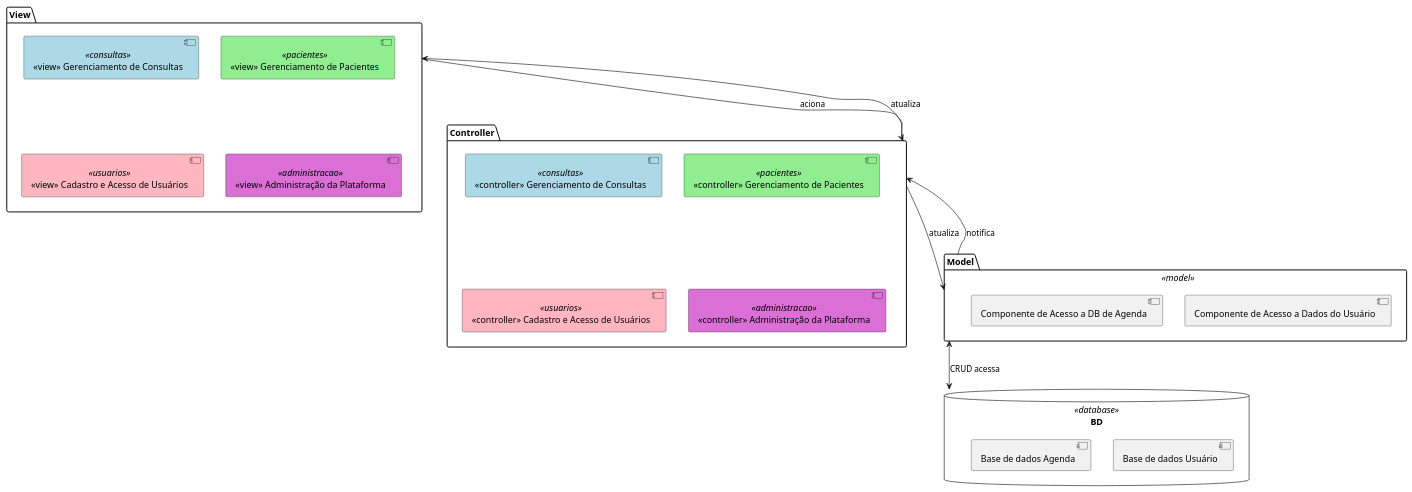
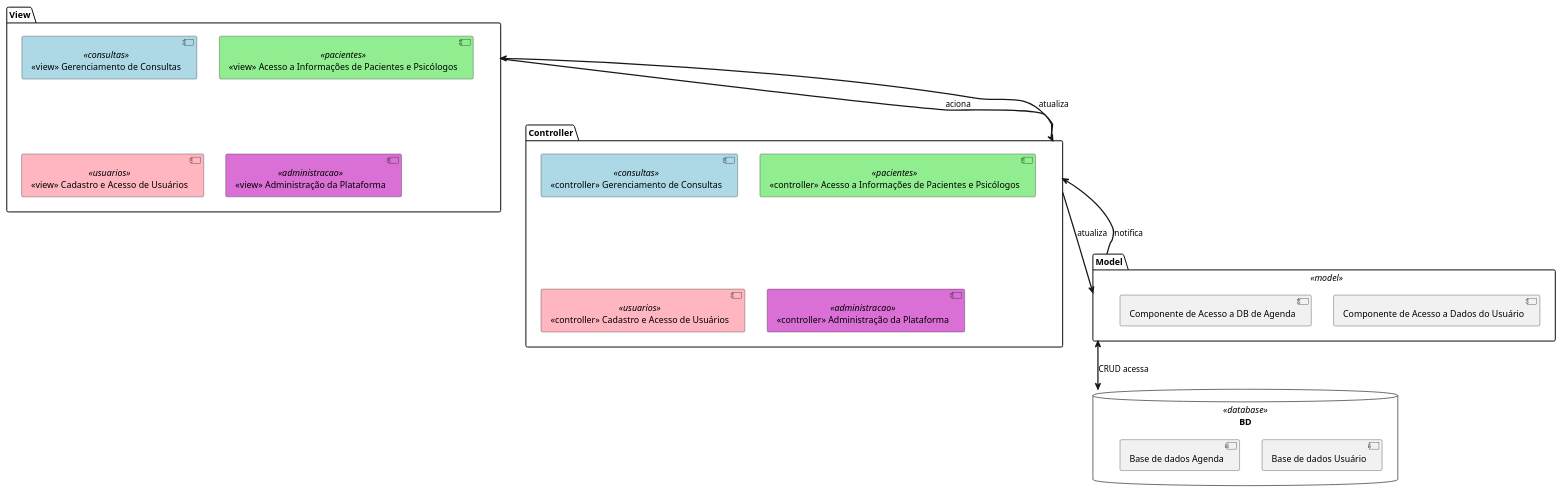
The diagram in componentes.plantuml (catarinamoreiralima/apoo), drawn with PlantUML before and after one commit. The commit also changed 3 other files, not shown here.

Commit message:
diagrama sequencia marcar consulta

```diff
--- a/componentes.plantuml
+++ b/componentes.plantuml
@@ -1,50 +1,53 @@
 @startuml mvc_diagram
 
 skinparam component {
   backgroundColor<<consultas>> LightBlue
   backgroundColor<<pacientes>> LightGreen
   backgroundColor<<usuarios>> LightPink
   backgroundColor<<administracao>> Orchid
   backgroundColor<<model>> LightGray
   backgroundColor<<database>> Thistle
 }
 
+skinparam Arrow {
+  Padding 10
+  Thickness 2
+}
+
 package "View" {
   [<<view>> Gerenciamento de Consultas] <<consultas>>
-  [<<view>> Gerenciamento de Pacientes] <<pacientes>>
+  [<<view>> Acesso a Informações de Pacientes e Psicólogos] <<pacientes>>
   [<<view>> Cadastro e Acesso de Usuários] <<usuarios>>
   [<<view>> Administração da Plataforma] <<administracao>>
 }
 
 package "Controller" {
   [<<controller>> Gerenciamento de Consultas] <<consultas>>
-  [<<controller>> Gerenciamento de Pacientes] <<pacientes>>
+  [<<controller>> Acesso a Informações de Pacientes e Psicólogos] <<pacientes>>
   [<<controller>> Cadastro e Acesso de Usuários] <<usuarios>>
   [<<controller>> Administração da Plataforma] <<administracao>>
 }
 
 package "Model" <<model>> {
   [Componente de Acesso a Dados do Usuário]
   [Componente de Acesso a DB de Agenda]
 }
 
 database "BD" <<database>> {
   [Base de dados Usuário]
   [Base de dados Agenda]
 }
 
 ' Posicionamento dos pacotes para alinhar horizontalmente
 View -[hidden]-> Controller
 Controller -[hidden]-> Model
 Model -[hidden]-> BD
 
-' Relacionamentos entre packages
+' Relacionamentos entre packages com setas ajustadas
 View --> Controller : aciona
 Controller --> View : atualiza
 Controller --> Model : atualiza
 Model --> Controller : notifica
-
-' Relacionamento entre Model e Banco de Dados
 Model <--> BD : CRUD acessa
 
 @enduml
```
